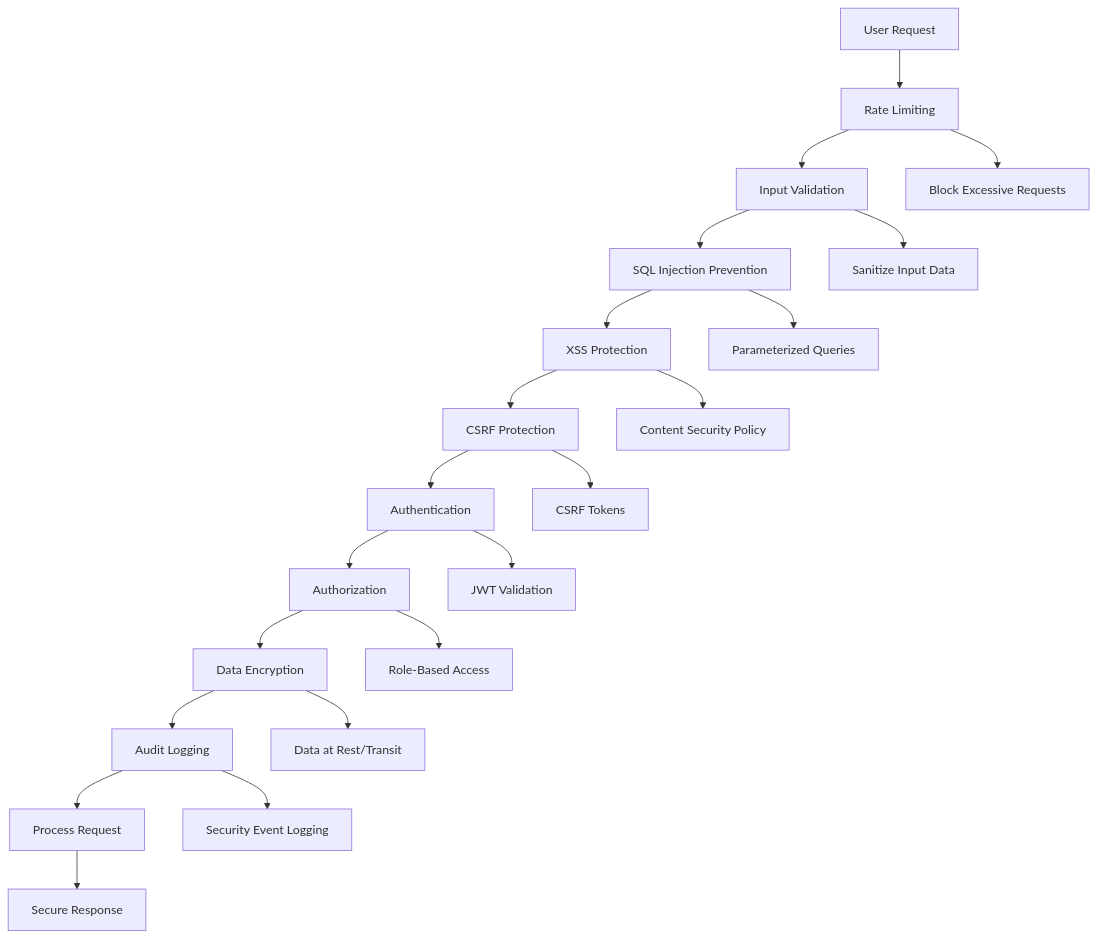
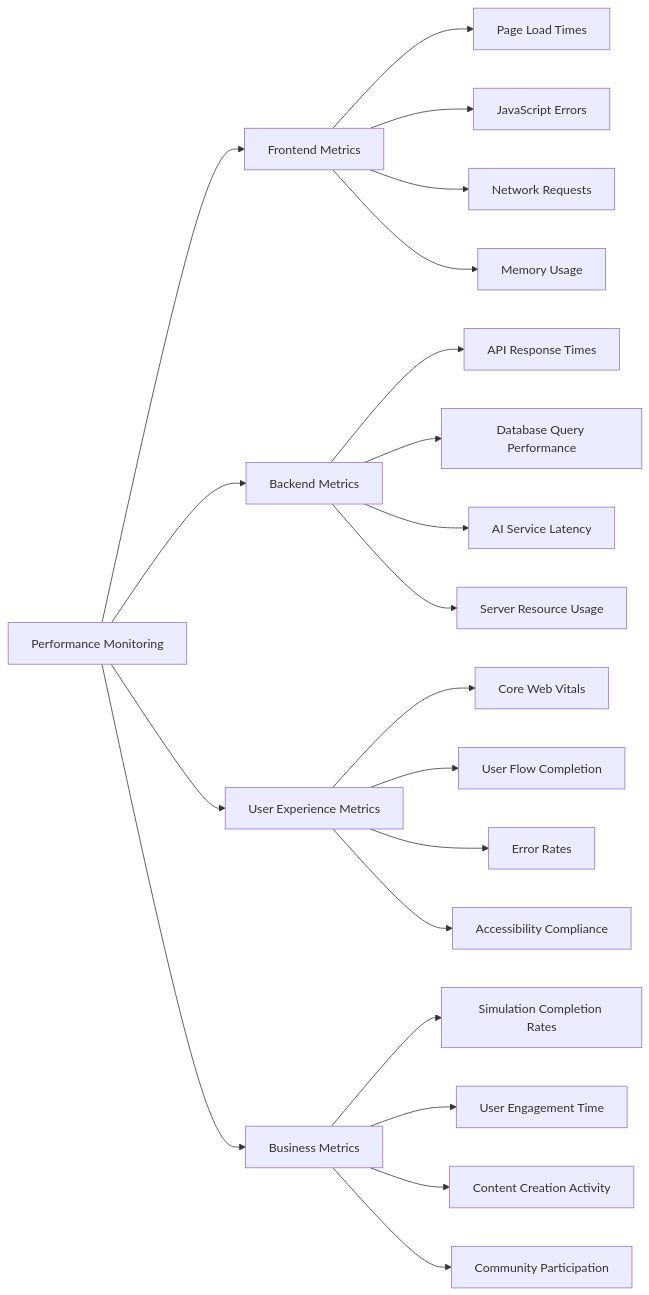
Diagram 16 of 18 in backend/docs/architecture/user-workflow.md (Sbcoit/forked-ai-agent-education-platform), drawn with Mermaid before and after one commit. The commit also changed other lines of this file and 5 other files, not shown here.

````diff
--- a/backend/docs/architecture/user-workflow.md
+++ b/backend/docs/architecture/user-workflow.md
@@ -633,24 +620,27 @@
 ```mermaid
-graph TD
-    A[User Request] --> B[Rate Limiting]
-    B --> C[Input Validation]
-    C --> D[SQL Injection Prevention]
-    D --> E[XSS Protection]
-    E --> F[CSRF Protection]
-    F --> G[Authentication]
-    G --> H[Authorization]
-    H --> I[Data Encryption]
-    I --> J[Audit Logging]
-    J --> K[Process Request]
-    K --> L[Secure Response]
+graph LR
+    A[Performance Monitoring] --> B[Frontend Metrics]
+    A --> C[Backend Metrics]
+    A --> D[User Experience Metrics]
+    A --> E[Business Metrics]
     
-    B --> B1[Block Excessive Requests]
-    C --> C1[Sanitize Input Data]
-    D --> D1[Parameterized Queries]
-    E --> E1[Content Security Policy]
-    F --> F1[CSRF Tokens]
-    G --> G1[JWT Validation]
-    H --> H1[Role-Based Access]
-    I --> I1[Data at Rest/Transit]
-    J --> J1[Security Event Logging]
+    B --> B1[Page Load Times]
+    B --> B2[JavaScript Errors]
+    B --> B3[Network Requests]
+    B --> B4[Memory Usage]
+    
+    C --> C1[API Response Times]
+    C --> C2[Database Query Performance]
+    C --> C3[AI Service Latency]
+    C --> C4[Server Resource Usage]
+    
+    D --> D1[Core Web Vitals]
+    D --> D2[User Flow Completion]
+    D --> D3[Error Rates]
+    D --> D4[Accessibility Compliance]
+    
+    E --> E1[Simulation Completion Rates]
+    E --> E2[User Engagement Time]
+    E --> E3[Content Creation Activity]
+    E --> E4[Community Participation]
 ```
````
